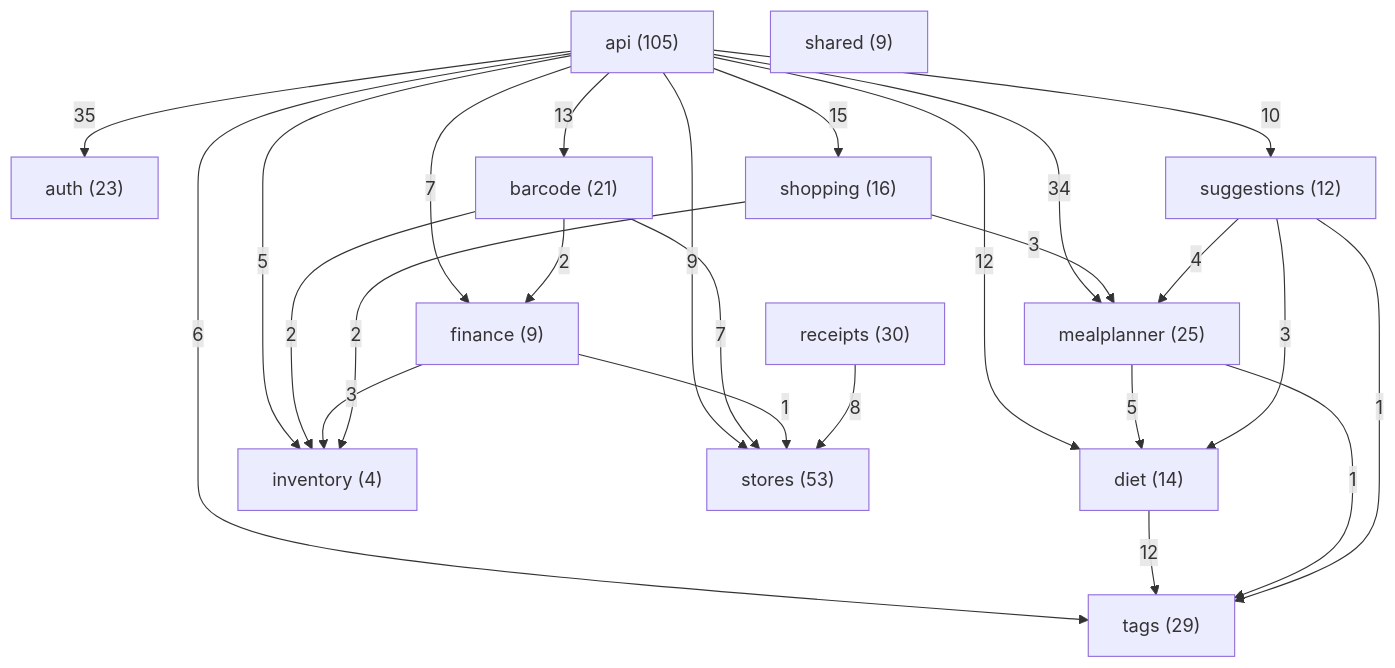
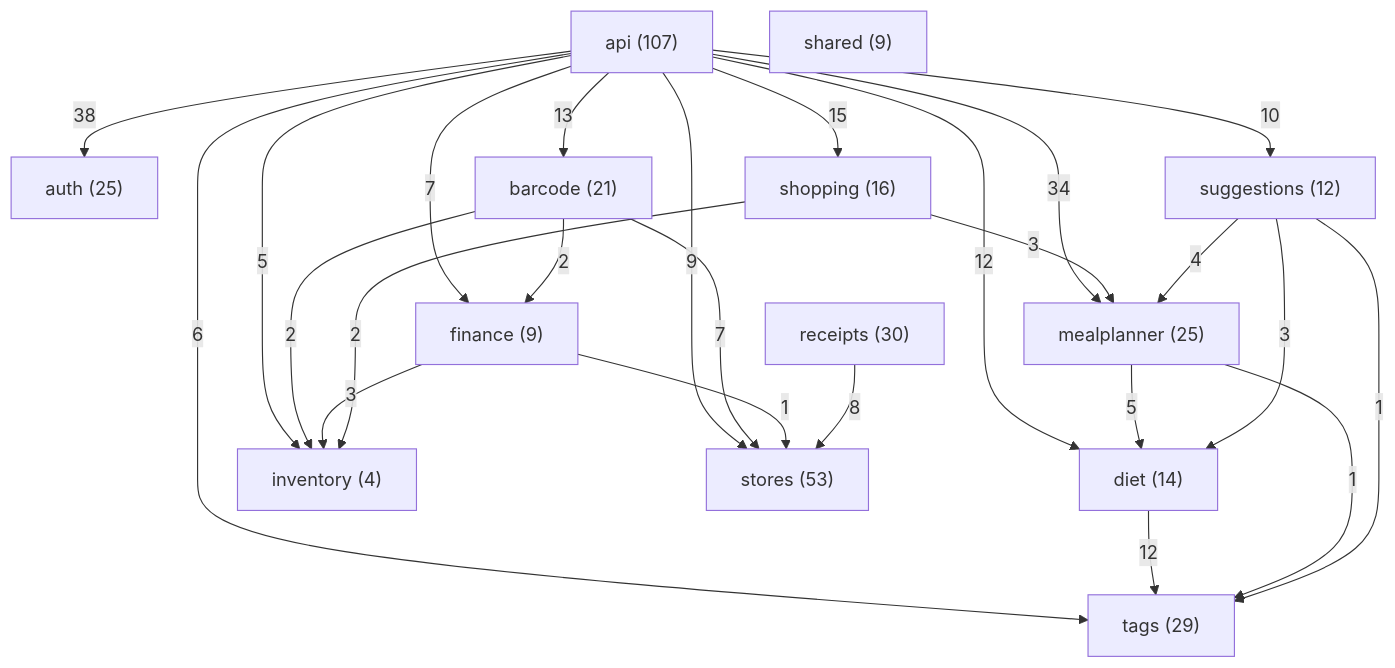
One commit to Nate-ryan-7690/dahaem changed the diagram in docs/classes/README.md. Above: the diagram before and after it, drawn with Mermaid. The commit also changed other lines of this file and 4 other files, not shown here.

````diff
--- a/docs/classes/README.md
+++ b/docs/classes/README.md
@@ -9,40 +9,40 @@
 ```mermaid
 flowchart TD
-    api["api (105)"]
-    auth["auth (23)"]
+    api["api (107)"]
+    auth["auth (25)"]
     barcode["barcode (21)"]
     diet["diet (14)"]
     finance["finance (9)"]
     inventory["inventory (4)"]
     mealplanner["mealplanner (25)"]
     receipts["receipts (30)"]
     shared["shared (9)"]
     shopping["shopping (16)"]
     stores["stores (53)"]
     suggestions["suggestions (12)"]
     tags["tags (29)"]
-    api -->|35| auth
+    api -->|38| auth
     api -->|13| barcode
     api -->|12| diet
     api -->|7| finance
     api -->|5| inventory
     api -->|34| mealplanner
     api -->|15| shopping
     api -->|9| stores
     api -->|10| suggestions
     api -->|6| tags
     barcode -->|2| finance
     barcode -->|2| inventory
     barcode -->|7| stores
     diet -->|12| tags
     finance -->|3| inventory
     finance -->|1| stores
     mealplanner -->|5| diet
     mealplanner -->|1| tags
     receipts -->|8| stores
     shopping -->|2| inventory
     shopping -->|3| mealplanner
     suggestions -->|3| diet
     suggestions -->|4| mealplanner
     suggestions -->|1| tags
 ```
````
